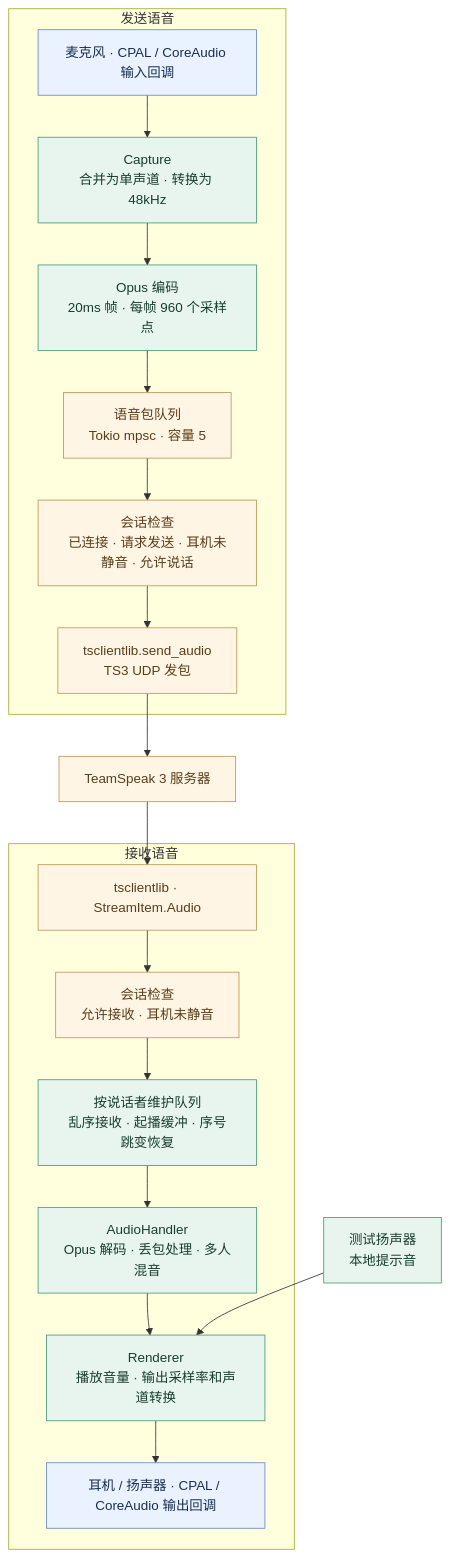
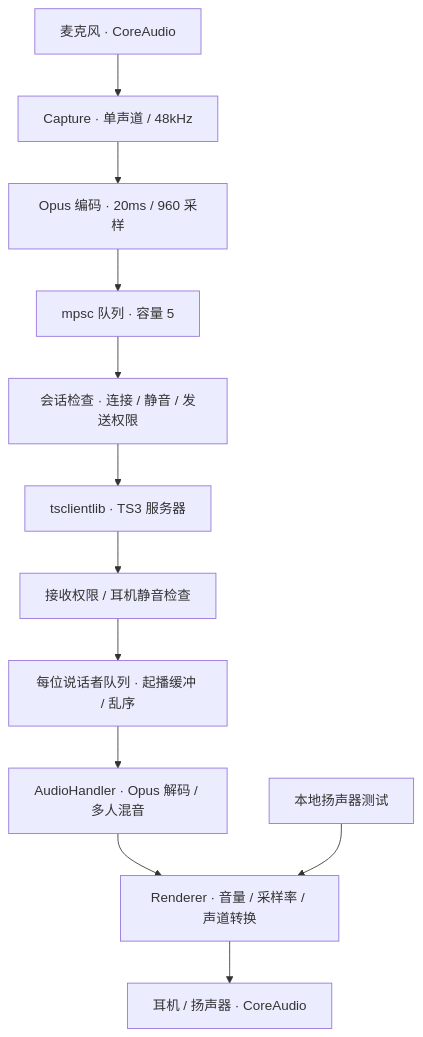
The second of 2 diagrams in Docs/ARCHITECTURE.md (Green-hats/QuietSpeak), drawn with Mermaid before and after one commit. The commit also changed other lines of this file and 10 other files, not shown here.

````diff
--- a/Docs/ARCHITECTURE.md
+++ b/Docs/ARCHITECTURE.md
@@ -51,35 +35,14 @@
 ```mermaid
 flowchart TB
-    subgraph SEND["发送语音"]
-        MIC["麦克风 · CPAL / CoreAudio 输入回调"]
-        CAPTURE["Capture<br/>合并为单声道 · 转换为 48kHz"]
-        ENCODE["Opus 编码<br/>20ms 帧 · 每帧 960 个采样点"]
-        OUTQUEUE["语音包队列<br/>Tokio mpsc · 容量 5"]
-        GATE["会话检查<br/>已连接 · 请求发送 · 耳机未静音 · 允许说话"]
-        TX["tsclientlib.send_audio<br/>TS3 UDP 发包"]
-        MIC --> CAPTURE --> ENCODE --> OUTQUEUE --> GATE --> TX
-    end
-
-    SERVER["TeamSpeak 3 服务器"]
-    TX --> SERVER
-
-    subgraph RECEIVE["接收语音"]
-        RX["tsclientlib · StreamItem.Audio"]
-        CHECK["会话检查<br/>允许接收 · 耳机未静音"]
-        QUEUE["按说话者维护队列<br/>乱序接收 · 起播缓冲 · 序号跳变恢复"]
-        DECODE["AudioHandler<br/>Opus 解码 · 丢包处理 · 多人混音"]
-        RENDER["Renderer<br/>播放音量 · 输出采样率和声道转换"]
-        SPEAKER["耳机 / 扬声器 · CPAL / CoreAudio 输出回调"]
-        RX --> CHECK --> QUEUE --> DECODE --> RENDER --> SPEAKER
-    end
-
-    SERVER --> RX
-    LOCAL["测试扬声器<br/>本地提示音"] --> RENDER
-
-    classDef input fill:#eaf1ff,stroke:#6689c7,color:#182e50;
-    classDef audio fill:#e8f5ef,stroke:#4c9977,color:#183e2d;
-    classDef network fill:#fff5e4,stroke:#be9756,color:#593e1b;
-    class MIC,SPEAKER input;
-    class CAPTURE,ENCODE,QUEUE,DECODE,RENDER,LOCAL audio;
-    class OUTQUEUE,GATE,TX,SERVER,RX,CHECK network;
+    MIC["麦克风 · CoreAudio"] --> CAPTURE["Capture · 单声道 / 48kHz"]
+    CAPTURE --> ENCODE["Opus 编码 · 20ms / 960 采样"]
+    ENCODE --> OUT["mpsc 队列 · 容量 5"]
+    OUT --> GATE["会话检查 · 连接 / 静音 / 发送权限"]
+    GATE --> SERVER["tsclientlib · TS3 服务器"]
+    SERVER --> CHECK["接收权限 / 耳机静音检查"]
+    CHECK --> QUEUE["每位说话者队列 · 起播缓冲 / 乱序"]
+    QUEUE --> DECODE["AudioHandler · Opus 解码 / 多人混音"]
+    DECODE --> RENDER["Renderer · 音量 / 采样率 / 声道转换"]
+    RENDER --> SPEAKER["耳机 / 扬声器 · CoreAudio"]
+    TEST["本地扬声器测试"] --> RENDER
 ```
````
